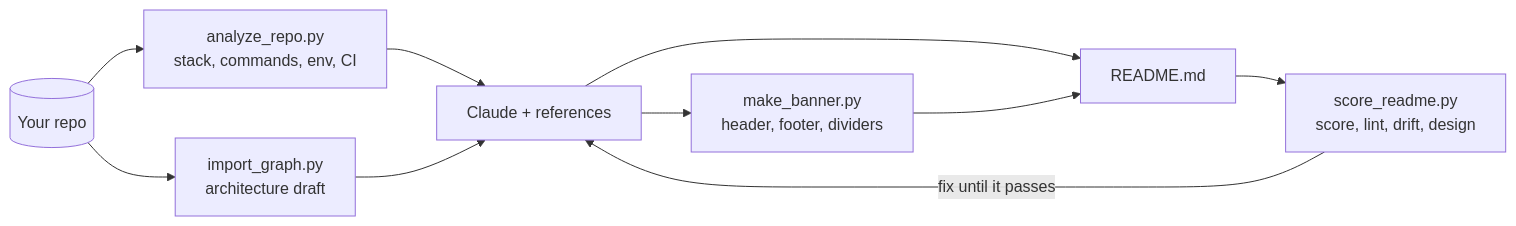
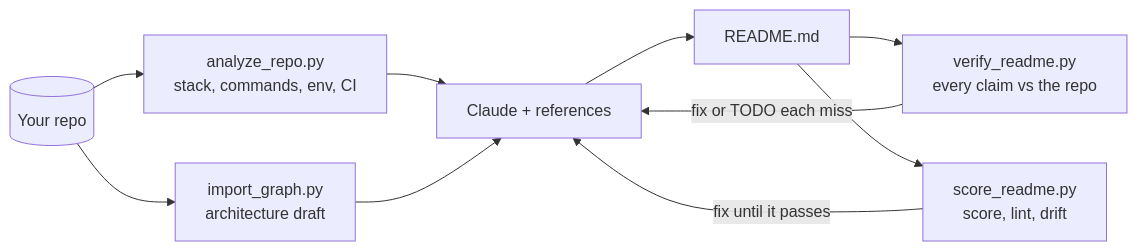
The diagram in README.md (tanmayai23/README-Editor-skill), drawn with Mermaid before and after one commit. The commit also changed other lines of this file and 295 other files, not shown here.

````diff
--- a/README.md
+++ b/README.md
@@ -341,14 +128,14 @@
 ```mermaid
 flowchart LR
     accTitle: readme-forge workflow
-    accDescr: Scripts read the repository, then Claude writes and designs the README from those facts, then the scorer checks it in a loop.
+    accDescr: Scripts read the repository, Claude writes the README from those facts, then the verifier and scorer check it in a loop.
     repo[("Your repo")] --> facts["analyze_repo.py<br/>stack, commands, env, CI"]
     repo --> imports["import_graph.py<br/>architecture draft"]
     facts --> claude["Claude + references"]
     imports --> claude
-    claude --> design["make_banner.py<br/>header, footer, dividers"]
     claude --> readme["README.md"]
-    design --> readme
-    readme --> score["score_readme.py<br/>score, lint, drift, design"]
+    readme --> verify["verify_readme.py<br/>every claim vs the repo"]
+    readme --> score["score_readme.py<br/>score, lint, drift"]
+    verify -->|"fix or TODO each miss"| claude
     score -->|"fix until it passes"| claude
 ```
````
